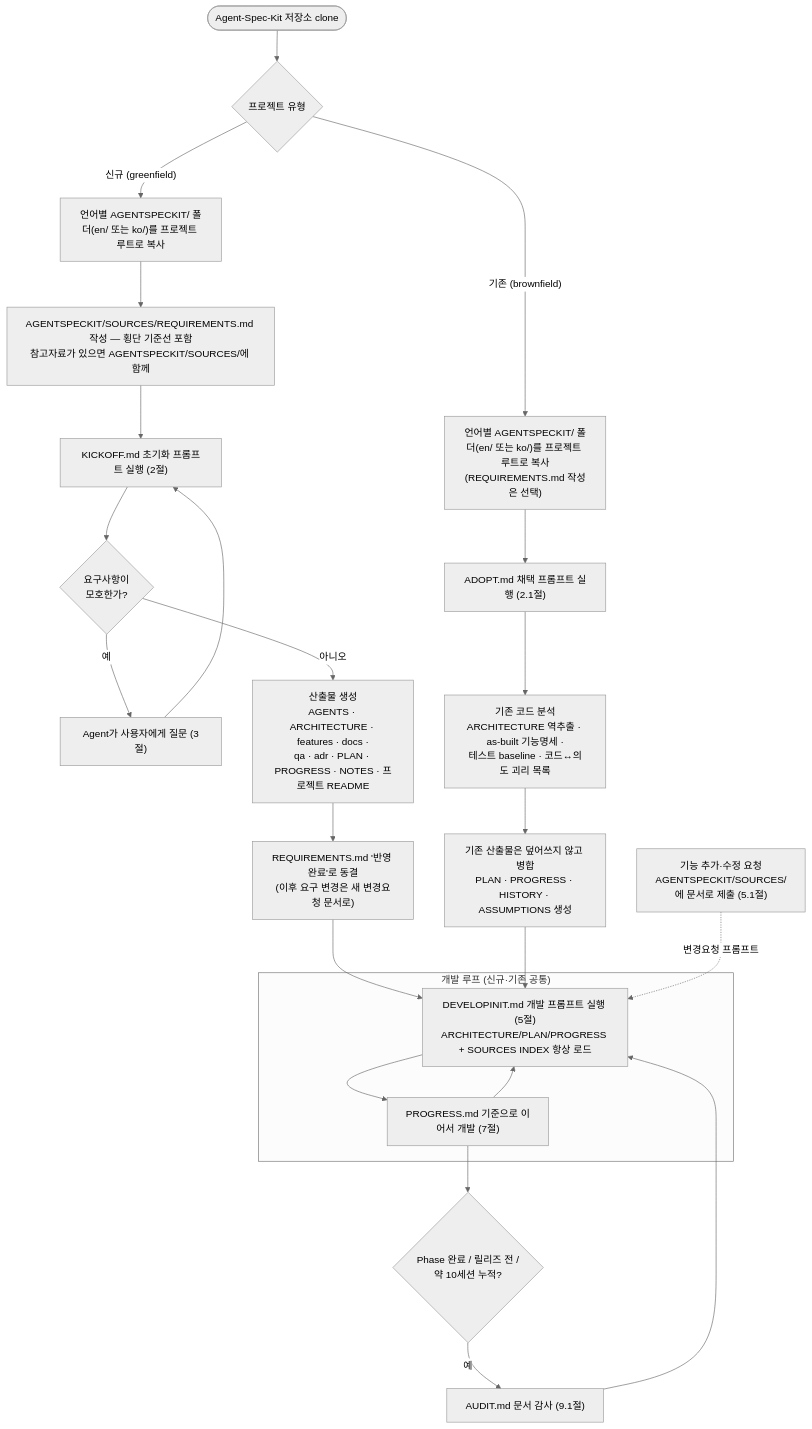
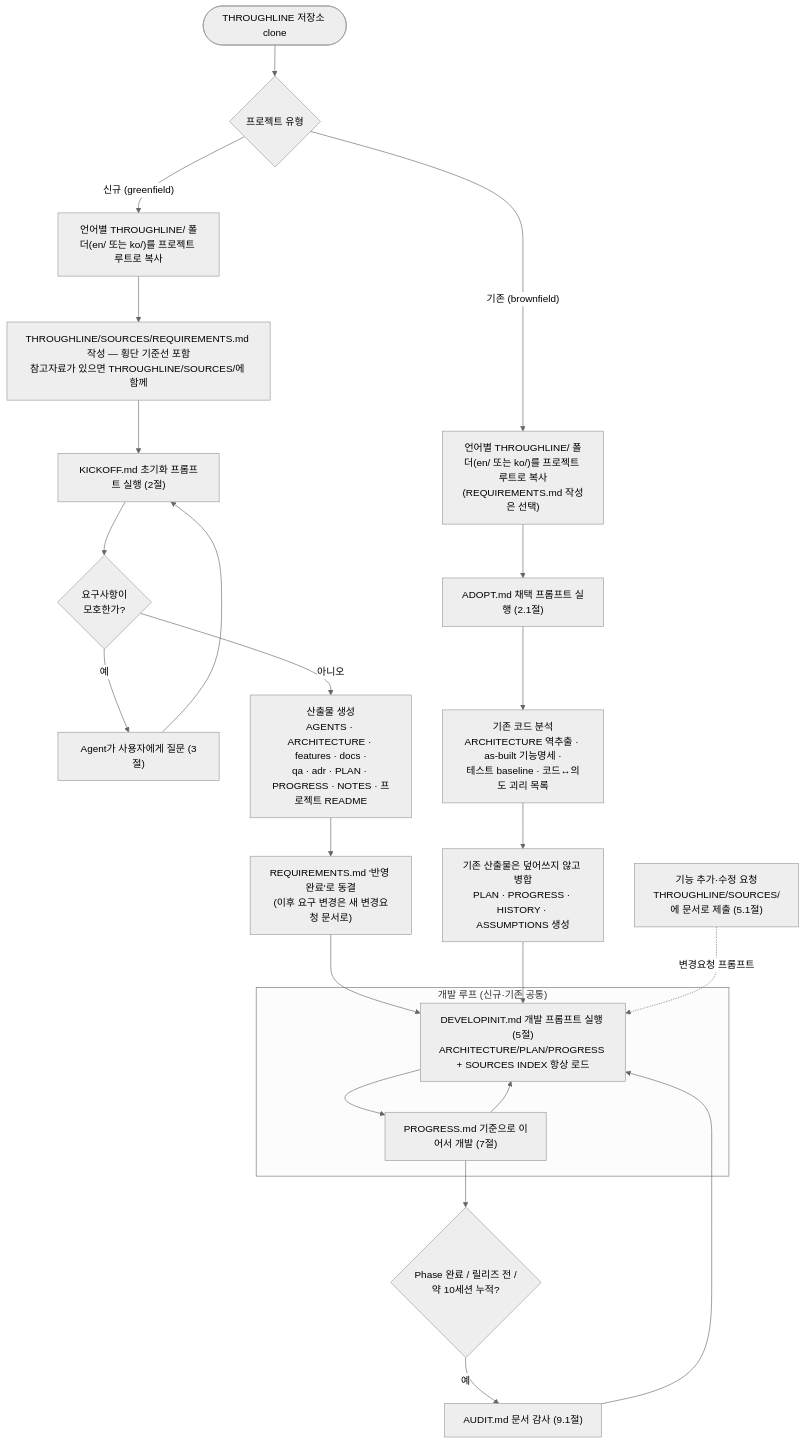
Before and after one commit to hellomyoh/Agent-Spec-Kit: the diagram in README.ko.md, drawn with Mermaid (neutral theme). The commit also changed other lines of this file and 795 other files, not shown here.

First line of the commit message:
refactor: rename Agent-Spec-Kit to THROUGHLINE

````diff
--- a/README.ko.md
+++ b/README.ko.md
@@ -713,34 +745,34 @@
 ```mermaid
 flowchart TD
-    Start(["Agent-Spec-Kit 저장소 clone"]) --> Type{"프로젝트 유형"}
+    Start(["THROUGHLINE 저장소 clone"]) --> Type{"프로젝트 유형"}
 
     %% ── 신규 프로젝트 경로 ──
-    Type -->|"신규 (greenfield)"| G1["언어별 AGENTSPECKIT/ 폴더(en/ 또는 ko/)를 프로젝트 루트로 복사"]
-    G1 --> G2["AGENTSPECKIT/SOURCES/REQUIREMENTS.md 작성 — 횡단 기준선 포함<br/>참고자료가 있으면 AGENTSPECKIT/SOURCES/에 함께"]
+    Type -->|"신규 (greenfield)"| G1["언어별 THROUGHLINE/ 폴더(en/ 또는 ko/)를 프로젝트 루트로 복사"]
+    G1 --> G2["THROUGHLINE/SOURCES/REQUIREMENTS.md 작성 — 횡단 기준선 포함<br/>참고자료가 있으면 THROUGHLINE/SOURCES/에 함께"]
     G2 --> G3["KICKOFF.md 초기화 프롬프트 실행 (2절)"]
     G3 --> G4{"요구사항이<br/>모호한가?"}
     G4 -->|"예"| G5["Agent가 사용자에게 질문 (3절)"]
     G5 --> G3
     G4 -->|"아니오"| G6["산출물 생성<br/>AGENTS · ARCHITECTURE · features · docs ·<br/>qa · adr · PLAN · PROGRESS · NOTES · 프로젝트 README"]
     G6 --> G7["REQUIREMENTS.md '반영 완료'로 동결<br/>(이후 요구 변경은 새 변경요청 문서로)"]
 
     %% ── 기존 프로젝트 경로 ──
-    Type -->|"기존 (brownfield)"| B1["언어별 AGENTSPECKIT/ 폴더(en/ 또는 ko/)를 프로젝트 루트로 복사<br/>(REQUIREMENTS.md 작성은 선택)"]
+    Type -->|"기존 (brownfield)"| B1["언어별 THROUGHLINE/ 폴더(en/ 또는 ko/)를 프로젝트 루트로 복사<br/>(REQUIREMENTS.md 작성은 선택)"]
     B1 --> B2["ADOPT.md 채택 프롬프트 실행 (2.1절)"]
     B2 --> B3["기존 코드 분석<br/>ARCHITECTURE 역추출 · as-built 기능명세 ·<br/>테스트 baseline · 코드↔의도 괴리 목록"]
     B3 --> B4["기존 산출물은 덮어쓰지 않고 병합<br/>PLAN · PROGRESS · HISTORY · ASSUMPTIONS 생성"]
 
     %% ── 공통 개발 루프 ──
     subgraph DEV["개발 루프 (신규·기존 공통)"]
         D1["DEVELOPINIT.md 개발 프롬프트 실행 (5절)<br/>ARCHITECTURE/PLAN/PROGRESS + SOURCES INDEX 항상 로드"]
         D1 --> D2["PROGRESS.md 기준으로 이어서 개발 (7절)"]
         D2 --> D1
     end
 
     G7 --> D1
     B4 --> D1
-    CR["기능 추가·수정 요청<br/>AGENTSPECKIT/SOURCES/에 문서로 제출 (5.1절)"] -.->|"변경요청 프롬프트"| D1
+    CR["기능 추가·수정 요청<br/>THROUGHLINE/SOURCES/에 문서로 제출 (5.1절)"] -.->|"변경요청 프롬프트"| D1
     D2 --> AQ{"Phase 완료 / 릴리즈 전 /<br/>약 10세션 누적?"}
     AQ -->|"예"| AU["AUDIT.md 문서 감사 (9.1절)"]
     AU --> D1
 ```
````
